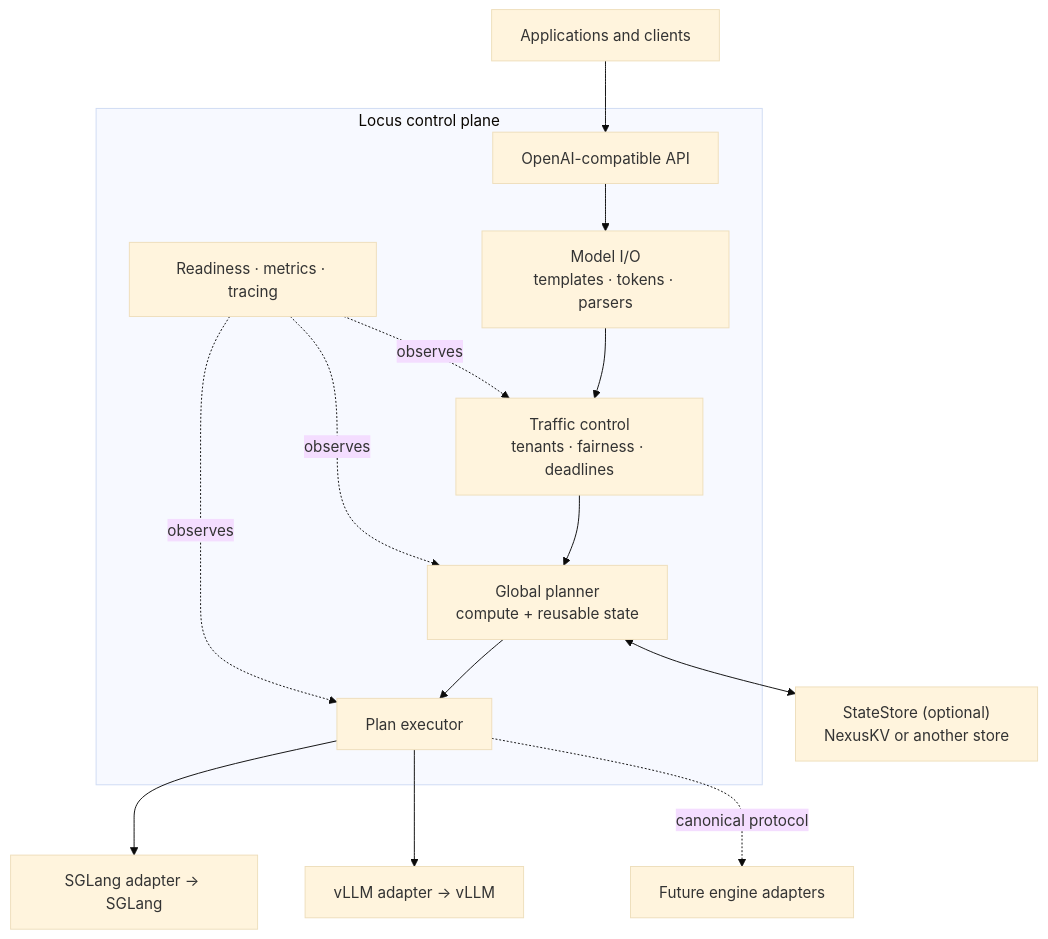
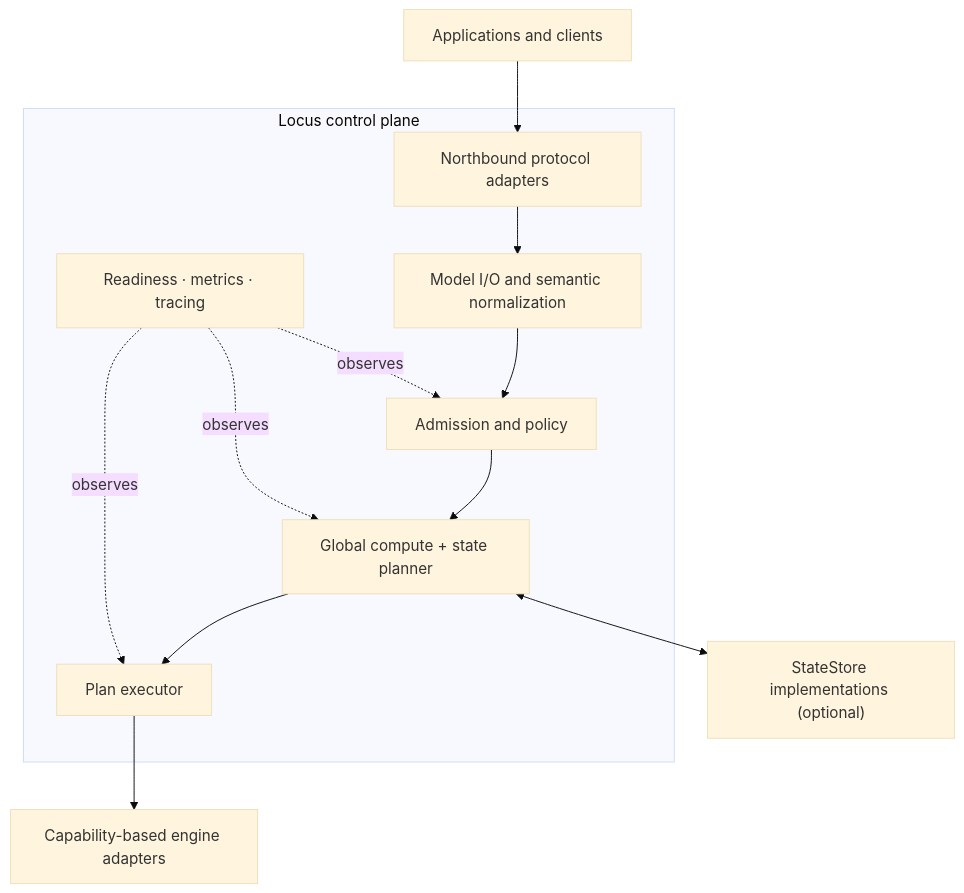
Before and after one commit to imReese/Locus: the diagram in README.md, drawn with Mermaid (base theme). The commit also changed other lines of this file, not shown here.

````diff
--- a/README.md
+++ b/README.md
@@ -143,24 +61,22 @@
 ```mermaid
 flowchart TB
     clients["Applications and clients"]
 
     subgraph locus["Locus control plane"]
-        api["OpenAI-compatible API"]
-        semantics["Model I/O<br/>templates · tokens · parsers"]
-        traffic["Traffic control<br/>tenants · fairness · deadlines"]
-        planner["Global planner<br/>compute + reusable state"]
+        northbound["Northbound protocol adapters"]
+        modelio["Model I/O and semantic normalization"]
+        policy["Admission and policy"]
+        planner["Global compute + state planner"]
         executor["Plan executor"]
         ops["Readiness · metrics · tracing"]
 
-        api --> semantics --> traffic --> planner --> executor
-        ops -. observes .-> traffic
+        northbound --> modelio --> policy --> planner --> executor
+        ops -. observes .-> policy
         ops -. observes .-> planner
         ops -. observes .-> executor
     end
 
-    clients --> api
-    executor --> sglang["SGLang adapter → SGLang"]
-    executor --> vllm["vLLM adapter → vLLM"]
-    executor -. canonical protocol .-> future["Future engine adapters"]
-    planner <--> store["StateStore (optional)<br/>NexusKV or another store"]
+    clients --> northbound
+    executor --> engines["Capability-based engine adapters"]
+    planner <--> stores["StateStore implementations (optional)"]
 ```
````
